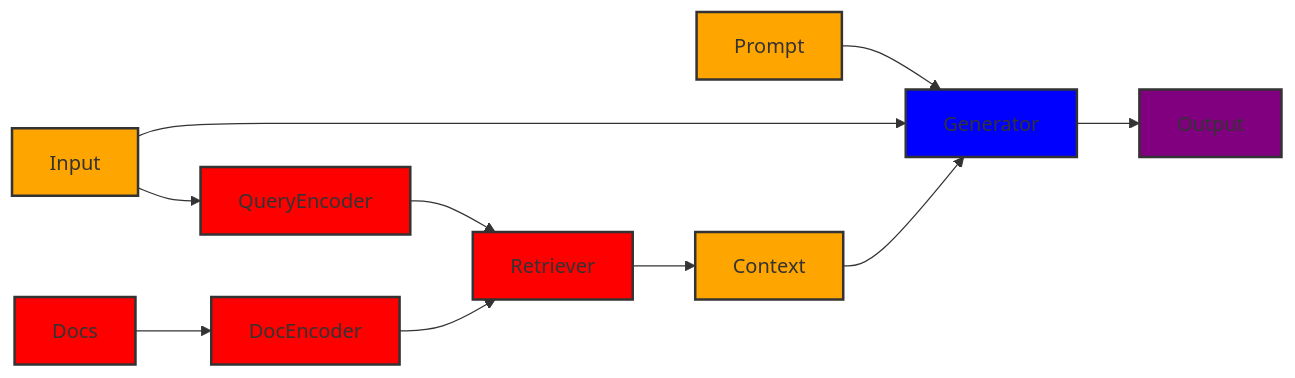
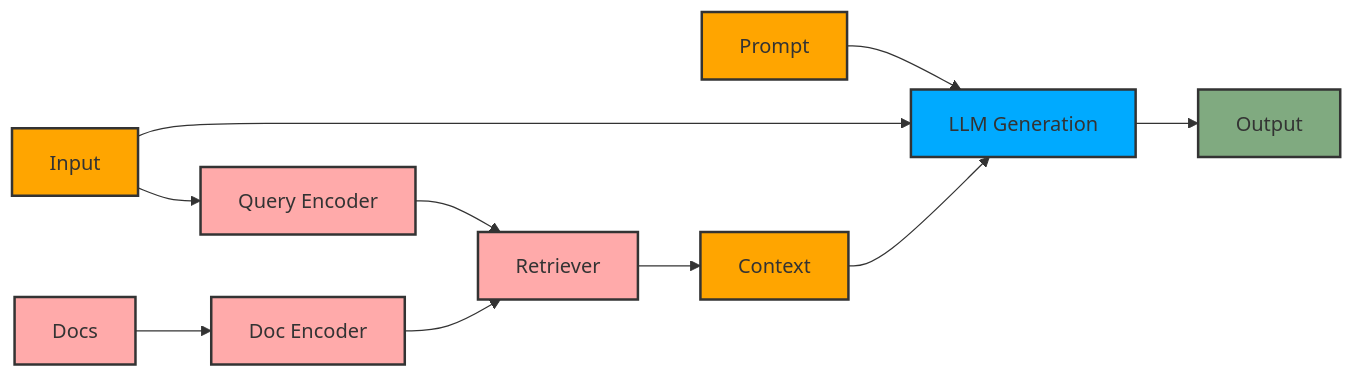
One commit to ianderrington/genai changed the second of 4 diagrams in docs/Understanding/agents/rag.md. Above: the diagram before and after it, drawn with Mermaid. The commit also changed other lines of this file and 13 other files, not shown here.

````diff
--- a/docs/Understanding/agents/rag.md
+++ b/docs/Understanding/agents/rag.md
@@ -31,24 +29,24 @@
-   ```mermaid
-   graph LR
-       style Docs fill:#FF0000,stroke:#333,stroke-width:2px
-       style QueryEncoder fill:#FF0000,stroke:#333,stroke-width:2px
-       style DocEncoder fill:#FF0000,stroke:#333,stroke-width:2px
-       style Retriever fill:#FF0000,stroke:#333,stroke-width:2px
-       style Input fill:#FFA500,stroke:#333,stroke-width:2px
-       style Prompt fill:#FFA500,stroke:#333,stroke-width:2px
-       style Context fill:#FFA500,stroke:#333,stroke-width:2px
-       style Generator fill:#0000FF,stroke:#333,stroke-width:2px
-       style Output fill:#800080,stroke:#333,stroke-width:2px
-   
-       QueryEncoder --> Retriever
-       Prompt --> Generator
-       Input --> Generator
-       Input --> QueryEncoder
-       Docs --> DocEncoder
-       DocEncoder --> Retriever
-       
-       Retriever --> Context
-       
-       Context --> Generator
-       Generator --> Output
-   ```
+        ```mermaid
+        graph LR
+            style Docs fill:#FFAAAA,stroke:#333,stroke-width:2px
+            style QueryEncoder fill:#FFAAAA,stroke:#333,stroke-width:2px
+            style DocEncoder fill:#FFAAAA,stroke:#333,stroke-width:2px
+            style Retriever fill:#FFAAAA,stroke:#333,stroke-width:2px
+            style Input fill:#FFA500,stroke:#333,stroke-width:2px
+            style Prompt fill:#FFA500,stroke:#333,stroke-width:2px
+            style Context fill:#FFA500,stroke:#333,stroke-width:2px
+            style Generator fill:#00AAFF,stroke:#333,stroke-width:2px
+            style Output fill:#80AA80,stroke:#333,stroke-width:2px
+        
+            QueryEncoder --> Retriever
+            Prompt --> Generator[LLM Generation]
+            Input --> Generator
+            Input --> QueryEncoder[Query Encoder]
+            Docs --> DocEncoder[Doc Encoder]
+            DocEncoder --> Retriever
+            
+            Retriever --> Context
+            
+            Context --> Generator
+            Generator --> Output
+        ```
````
